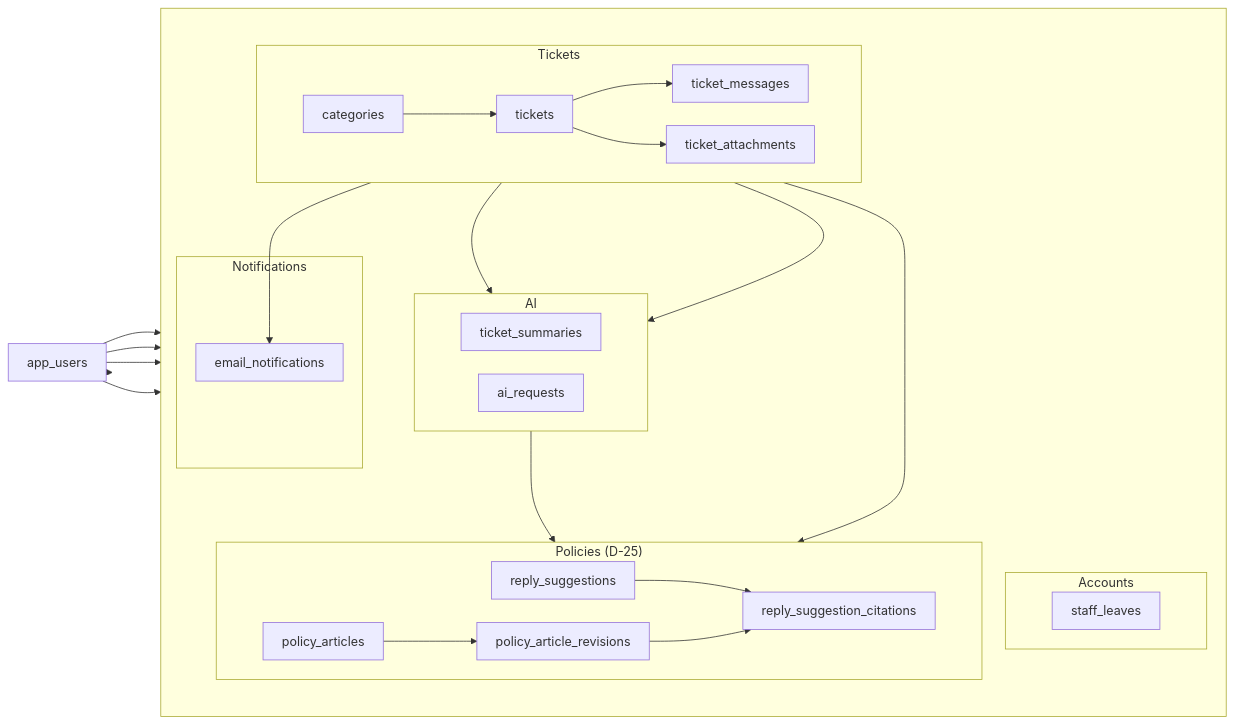
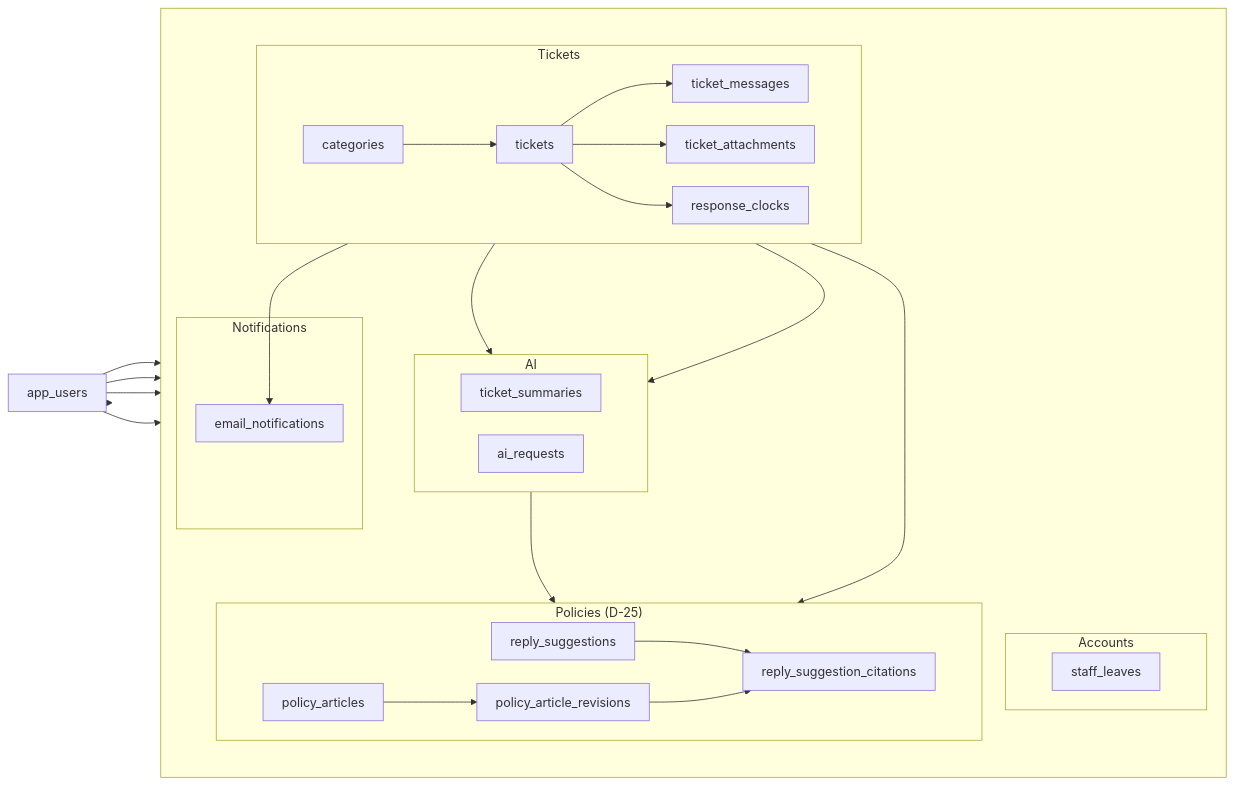
Before and after one commit to minhtuann1102/HelpdeskAI: the first of 3 diagrams in docs/05-database/02-er-diagram.md, drawn with Mermaid. The commit also changed other lines of this file and 4 other files, not shown here.

First line of the commit message:
docs(step-5): add response clocks for reply deadlines

````diff
--- a/docs/05-database/02-er-diagram.md
+++ b/docs/05-database/02-er-diagram.md
@@ -13,48 +13,49 @@
 ```mermaid
 %%{init: {"flowchart": {"nodeSpacing": 30, "rankSpacing": 70, "padding": 12}}}%%
 flowchart LR
   U[app_users]
 
   subgraph groups [" "]
     direction TB
 
     subgraph accounts [Accounts]
       SL[staff_leaves]
     end
 
     subgraph ticketGroup [Tickets]
       direction LR
       C[categories] --> T[tickets]
       T --> TM[ticket_messages]
       T --> TA[ticket_attachments]
+      T --> RK[response_clocks]
     end
 
     subgraph ai [AI]
       direction LR
       TS[ticket_summaries]
       AR[ai_requests]
     end
 
     subgraph notifications [Notifications]
       EN[email_notifications]
     end
 
     subgraph policies ["Policies (D-25)"]
       direction LR
       PA[policy_articles] --> PR[policy_article_revisions]
       RS[reply_suggestions] --> RC[reply_suggestion_citations]
       PR --> RC
     end
   end
 
   U --> accounts
   U --> ticketGroup
   U --> ai
   U --> notifications
   U --> policies
   T --> TS
   T --> AR
   T --> EN
   T --> RS
   AR --> RS
 ```
````
